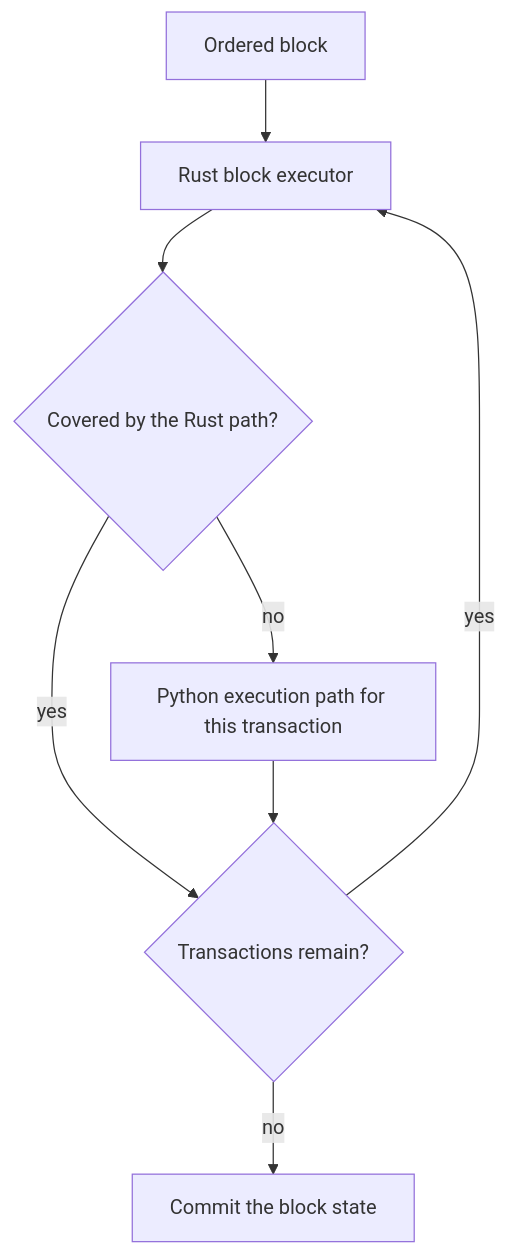
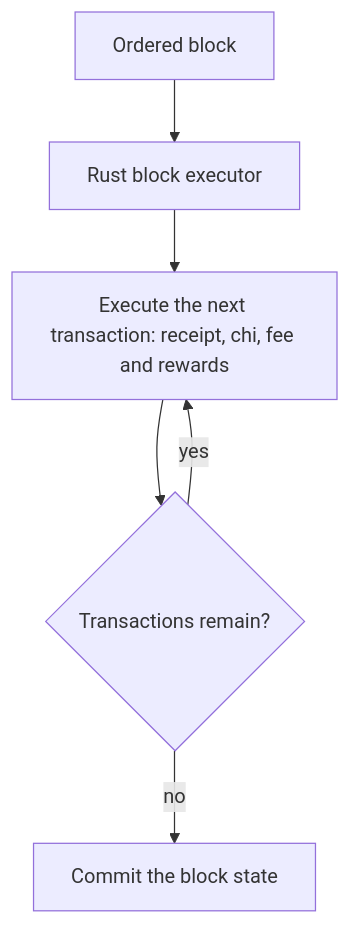
The diagram in concepts/block-execution.md (xian-technology/xian-docs-web), drawn with Mermaid before and after one commit. The commit also changed other lines of this file and 1 other file, not shown here.

First line of the commit message:
concepts: blocks run only in Rust, no Python fallback path

````diff
--- a/concepts/block-execution.md
+++ b/concepts/block-execution.md
@@ -10,10 +10,8 @@
 ```mermaid
 flowchart TD
   Block["Ordered block"] --> Rust["Rust block executor"]
-  Rust --> Covered{"Covered by the Rust path?"}
-  Covered -->|yes| Next{"Transactions remain?"}
-  Covered -->|no| Python["Python execution path for this transaction"]
-  Python --> Next
-  Next -->|yes| Rust
+  Rust --> Tx["Execute the next transaction: receipt, chi, fee and rewards"]
+  Tx --> Next{"Transactions remain?"}
+  Next -->|yes| Tx
   Next -->|no| Commit["Commit the block state"]
 ```
````
